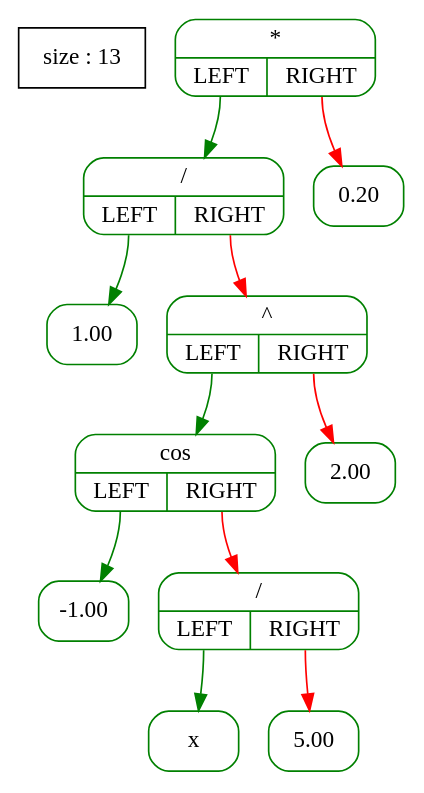
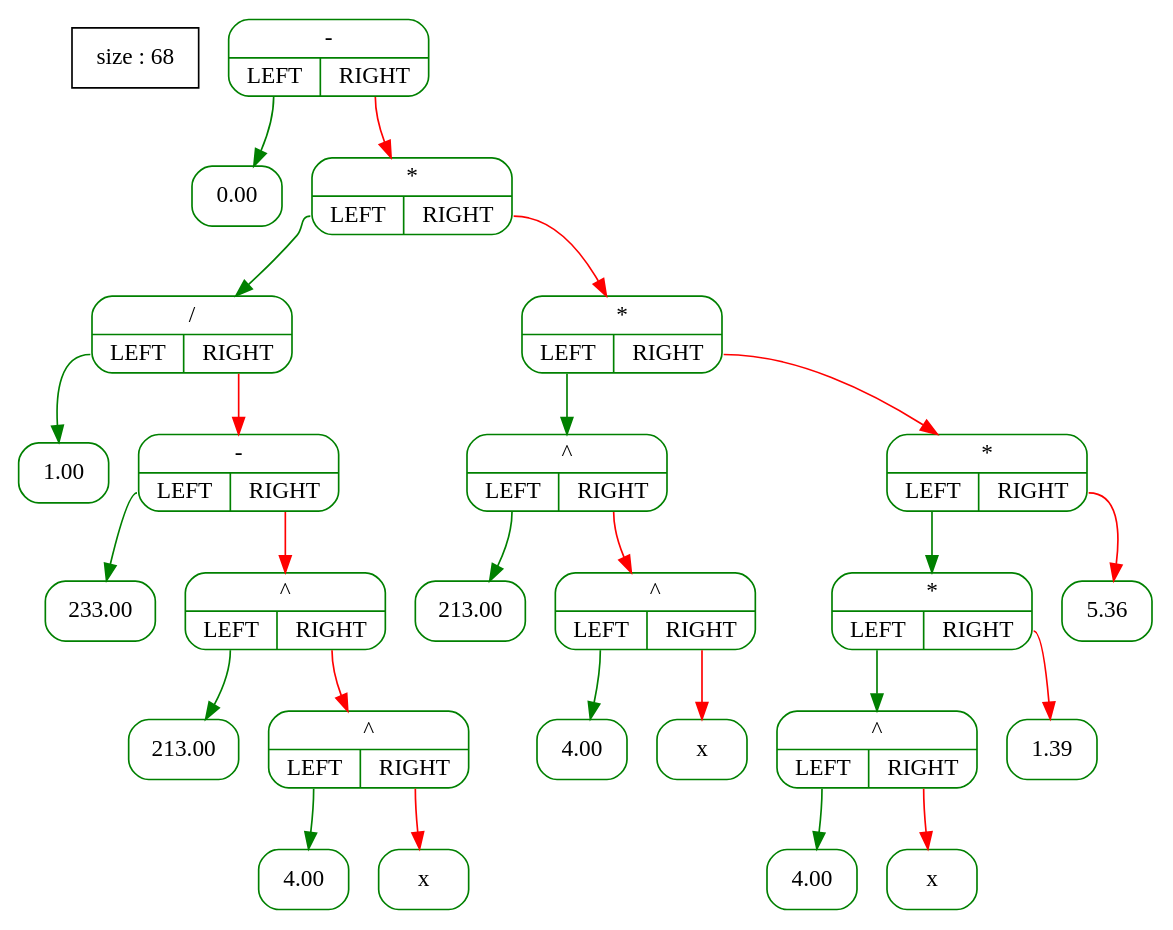
One commit to A-Elbereth-Gilthoniel/Differentiator changed the diagram in files/Tree_graph4.dot. Above: the diagram before and after it, drawn with Graphviz. The commit also changed 24 other files, not shown here.

```diff
--- a/files/Tree_graph4.dot
+++ b/files/Tree_graph4.dot
@@ -1,26 +1,54 @@
 digraph G {                
-  tree [shape=box ; stryle=rounded ; label="size : 13"];                
+  tree [shape=box ; stryle=rounded ; label="size : 68"];                
   edge [color=black];                
   node [shape=record ; style=rounded ; color=green];
-14912904 [label="{*|{<YES>LEFT|<NO>RIGHT}}"];
-14911648 [label="{/|{<YES>LEFT|<NO>RIGHT}}"];
-14910888 [label="{1.00}"];
-14910808 [label="{^|{<YES>LEFT|<NO>RIGHT}}"];
-14910408 [label="{cos|{<YES>LEFT|<NO>RIGHT}}"];
-14911328 [label="{-1.00}"];
-14911408 [label="{/|{<YES>LEFT|<NO>RIGHT}}"];
-14910968 [label="{x}"];
-14911368 [label="{5.00}"];
-14910768 [label="{2.00}"];
-14913544 [label="{0.20}"];
-14912904:<YES> -> 14911648 [color=green];
-14911648:<YES> -> 14910888 [color=green];
-14911648:<NO> -> 14910808 [color=red];
-14910808:<YES> -> 14910408 [color=green];
-14910408:<YES> -> 14911328 [color=green];
-14910408:<NO> -> 14911408 [color=red];
-14911408:<YES> -> 14910968 [color=green];
-14911408:<NO> -> 14911368 [color=red];
-14910808:<NO> -> 14910768 [color=red];
-14912904:<NO> -> 14913544 [color=red];
+14731368 [label="{-|{<YES>LEFT|<NO>RIGHT}}"];
+14732528 [label="{0.00}"];
+14731128 [label="{*|{<YES>LEFT|<NO>RIGHT}}"];
+14731648 [label="{/|{<YES>LEFT|<NO>RIGHT}}"];
+14732408 [label="{1.00}"];
+14732568 [label="{-|{<YES>LEFT|<NO>RIGHT}}"];
+14732288 [label="{233.00}"];
+14732328 [label="{^|{<YES>LEFT|<NO>RIGHT}}"];
+14731688 [label="{213.00}"];
+14731928 [label="{^|{<YES>LEFT|<NO>RIGHT}}"];
+14731968 [label="{4.00}"];
+14731408 [label="{x}"];
+14732728 [label="{*|{<YES>LEFT|<NO>RIGHT}}"];
+14733488 [label="{^|{<YES>LEFT|<NO>RIGHT}}"];
+14732088 [label="{213.00}"];
+14733688 [label="{^|{<YES>LEFT|<NO>RIGHT}}"];
+14732208 [label="{4.00}"];
+14733648 [label="{x}"];
+14733408 [label="{*|{<YES>LEFT|<NO>RIGHT}}"];
+14733848 [label="{*|{<YES>LEFT|<NO>RIGHT}}"];
+14733048 [label="{^|{<YES>LEFT|<NO>RIGHT}}"];
+14733128 [label="{4.00}"];
+14733728 [label="{x}"];
+14733808 [label="{1.39}"];
+14732888 [label="{5.36}"];
+14731368:<YES> -> 14732528 [color=green];
+14731368:<NO> -> 14731128 [color=red];
+14731128:<YES> -> 14731648 [color=green];
+14731648:<YES> -> 14732408 [color=green];
+14731648:<NO> -> 14732568 [color=red];
+14732568:<YES> -> 14732288 [color=green];
+14732568:<NO> -> 14732328 [color=red];
+14732328:<YES> -> 14731688 [color=green];
+14732328:<NO> -> 14731928 [color=red];
+14731928:<YES> -> 14731968 [color=green];
+14731928:<NO> -> 14731408 [color=red];
+14731128:<NO> -> 14732728 [color=red];
+14732728:<YES> -> 14733488 [color=green];
+14733488:<YES> -> 14732088 [color=green];
+14733488:<NO> -> 14733688 [color=red];
+14733688:<YES> -> 14732208 [color=green];
+14733688:<NO> -> 14733648 [color=red];
+14732728:<NO> -> 14733408 [color=red];
+14733408:<YES> -> 14733848 [color=green];
+14733848:<YES> -> 14733048 [color=green];
+14733048:<YES> -> 14733128 [color=green];
+14733048:<NO> -> 14733728 [color=red];
+14733848:<NO> -> 14733808 [color=red];
+14733408:<NO> -> 14732888 [color=red];
 }
```
